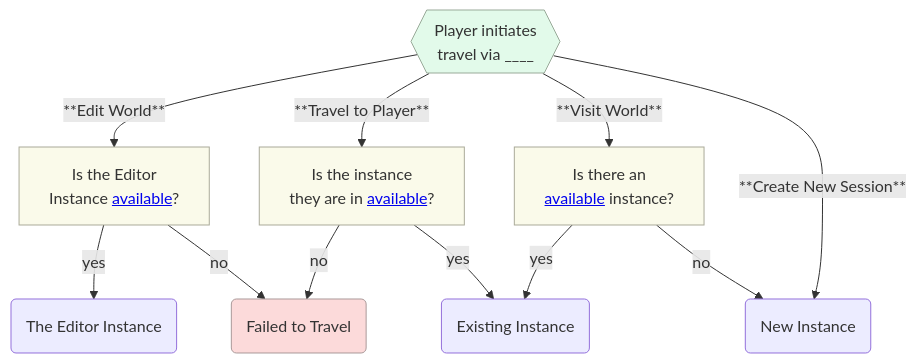
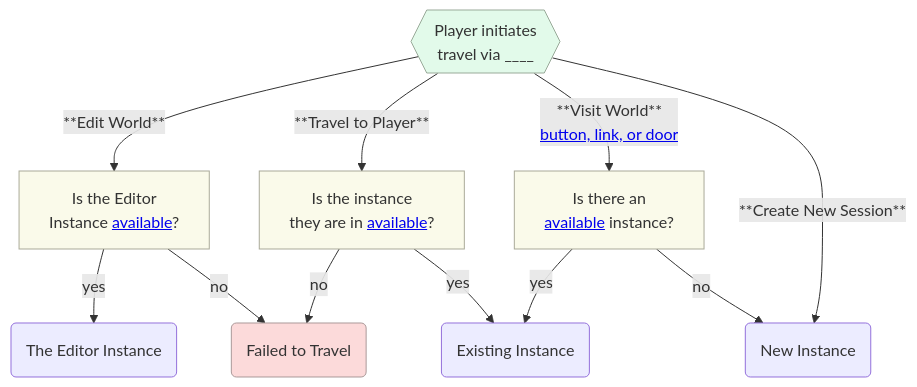
One commit to MHCPCreators/horizonCreatorManual changed the first of 6 diagrams in HorizonTechnicalDoc.md. Above: the diagram before and after it, drawn with Mermaid. The commit also changed other lines of this file, not shown here.

Commit message:
Finish instances (except travel)

````diff
--- a/HorizonTechnicalDoc.md
+++ b/HorizonTechnicalDoc.md
@@ -283,26 +333,26 @@
 ```mermaid
 flowchart TD
   playerTravel{{Player initiates<br/>travel via ____}} --"**Edit World**"--> isEditorFull[Is the Editor<br/>Instance <a href="#available-instances">available</a>?]
 
   playerTravel --"**Travel to Player**"--> publishedAvailable[Is the instance<br/>they are in <a href="#available-instances">available</a>?]
 
-  playerTravel --"**Visit World**"--> checkInstance[Is there an<br/>  <a href="#available-instances">available</a> instance?]
+  playerTravel --"**Visit World** <br/><a href="#travel-doors-and-links">button, link, or door</a>"--> checkInstance[Is there an<br/>  <a href="#available-instances">available</a> instance?]
 
   publishedAvailable --"yes"--> existingInstance
 
   checkInstance --"yes"--> existingInstance(Existing Instance)
   checkInstance --"no"--> newInstance
 
   playerTravel --""**Create New Session**--> newInstance(New Instance)
 
   isEditorFull --"yes"--> editInstance(The Editor Instance)
   isEditorFull --"no"--> failed(Failed to Travel)
 
   publishedAvailable --"no"--> failed
 
   style playerTravel fill:#e2faea,stroke:#9a9
   style checkInstance fill:#fafaea,stroke:#aa9
   style publishedAvailable fill:#fafaea,stroke:#aa9
   style isEditorFull fill:#fafaea,stroke:#aa9
   style failed fill:#fcdada,stroke:#a99
 ```
````
